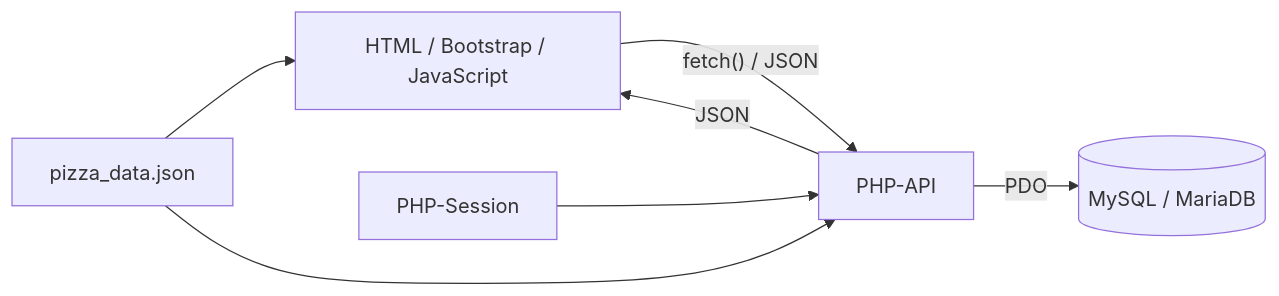
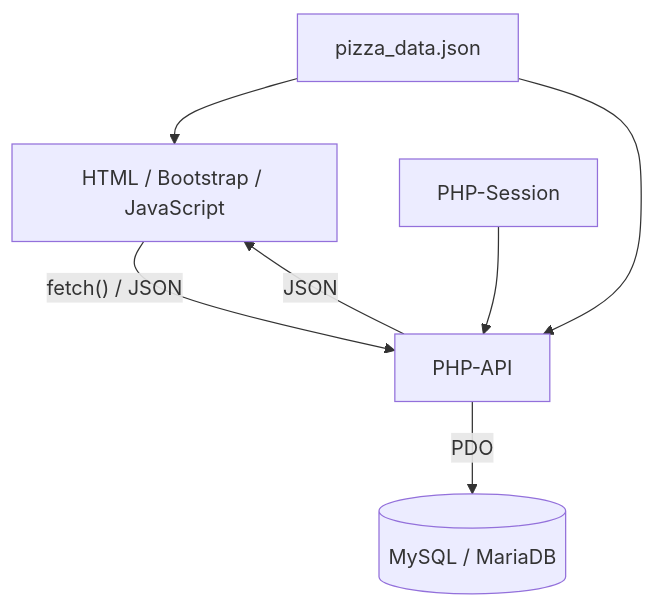
The diagram in docs/arch/A09-architecture-decisions.md (Familienmann89/Pizza-Tracker-), drawn with Mermaid before and after one commit. The commit also changed other lines of this file, not shown here.

First line of the commit message:
docs(arch): clarify architecture decisions and trade-offs

````diff
--- a/docs/arch/A09-architecture-decisions.md
+++ b/docs/arch/A09-architecture-decisions.md
@@ -353,15 +358,15 @@
 ```mermaid
-flowchart LR
+flowchart TB
     UI["HTML / Bootstrap / JavaScript"]
     DATA["pizza_data.json"]
     API["PHP-API"]
     SESSION["PHP-Session"]
     DB[("MySQL / MariaDB")]
 
     DATA --> UI
     UI -->|"fetch() / JSON"| API
     API -->|"JSON"| UI
     DATA --> API
     SESSION --> API
     API -->|"PDO"| DB
 ```
````
